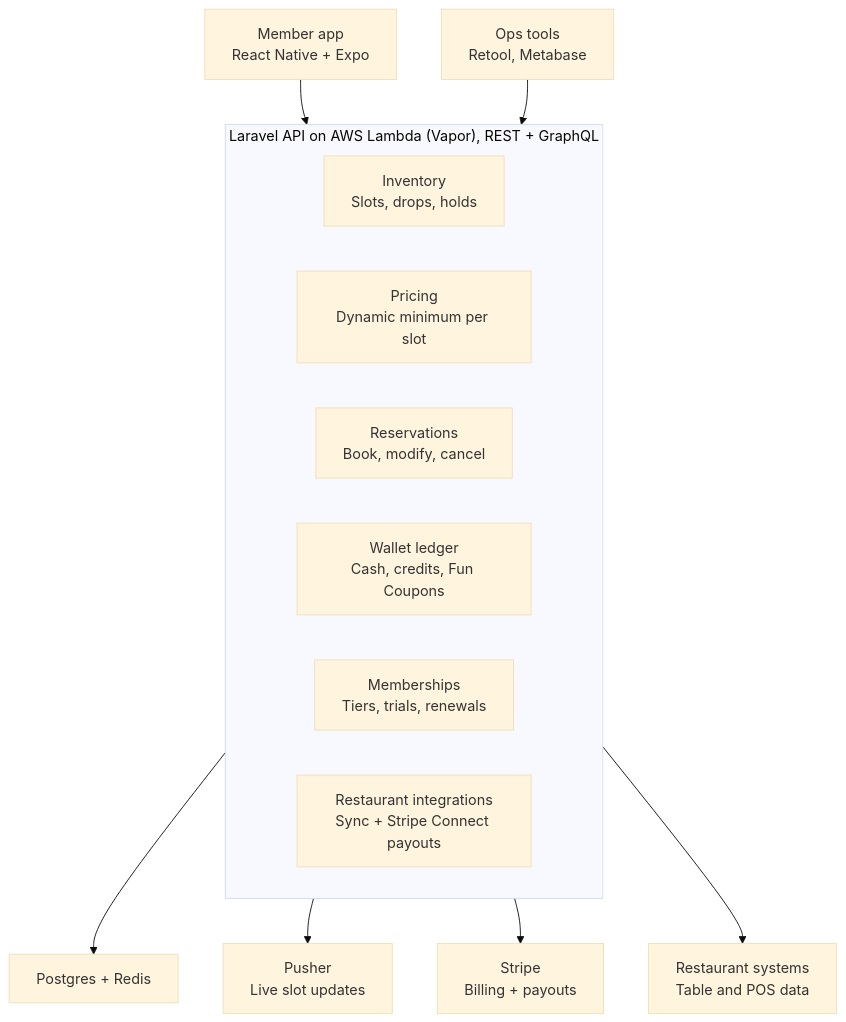
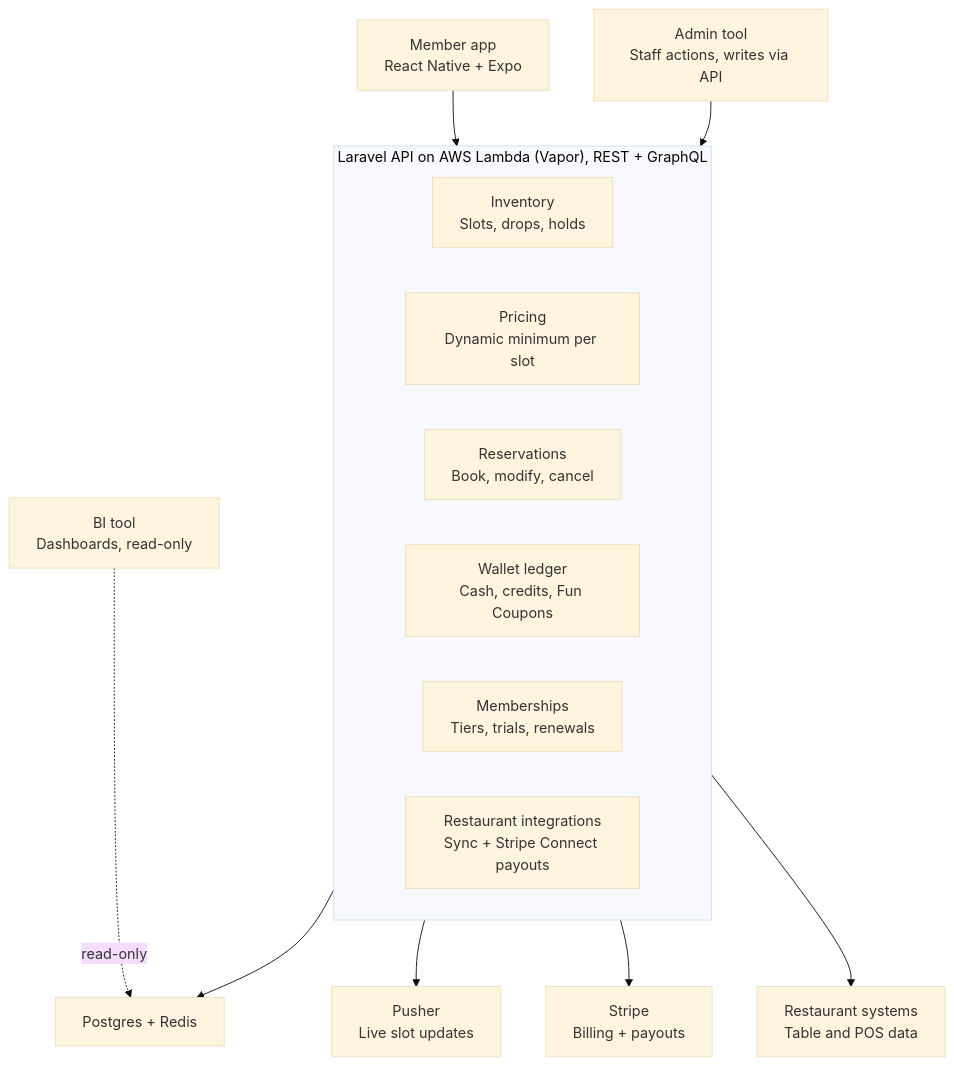
Before and after one commit to emd5953/Dorsia: the diagram in docs/service_map.md, drawn with Mermaid (base theme). The commit also changed other lines of this file and 4 other files, not shown here.

````diff
--- a/docs/service_map.md
+++ b/docs/service_map.md
@@ -5,26 +5,28 @@
 ```mermaid
 flowchart TB
     App["Member app<br/>React Native + Expo"]
-    Ops["Ops tools<br/>Retool, Metabase"]
+    Admin["Admin tool<br/>Staff actions, writes via API"]
+    BI["BI tool<br/>Dashboards, read-only"]
 
     subgraph API["Laravel API on AWS Lambda (Vapor), REST + GraphQL"]
         Inv["Inventory<br/>Slots, drops, holds"]
         Price["Pricing<br/>Dynamic minimum per slot"]
         Res["Reservations<br/>Book, modify, cancel"]
         Wallet["Wallet ledger<br/>Cash, credits, Fun Coupons"]
         Mem["Memberships<br/>Tiers, trials, renewals"]
         Int["Restaurant integrations<br/>Sync + Stripe Connect payouts"]
     end
 
     DB["Postgres + Redis"]
     Pusher["Pusher<br/>Live slot updates"]
     Stripe["Stripe<br/>Billing + payouts"]
     Rest["Restaurant systems<br/>Table and POS data"]
 
     App --> API
-    Ops --> API
+    Admin --> API
     API --> DB
+    BI -. "read-only" .-> DB
     API --> Pusher
     API --> Stripe
     API --> Rest
 ```
````
